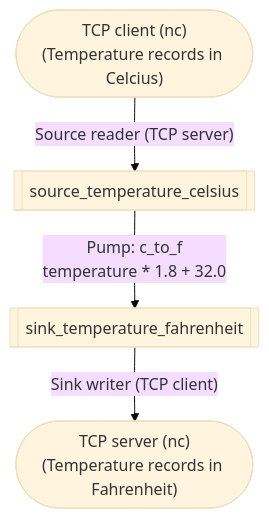
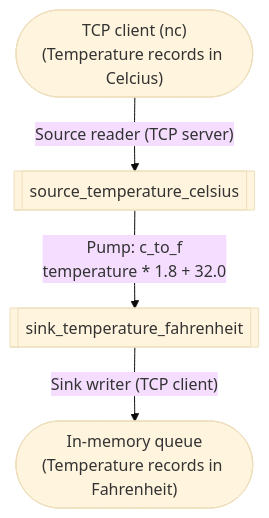
The first of 2 diagrams in docs/get-started/write-basic-apps.mdx (SpringQL/SpringQL.github.io), drawn with Mermaid (base theme) before and after one commit. The commit also changed other lines of this file, not shown here.

````diff
--- a/docs/get-started/write-basic-apps.mdx
+++ b/docs/get-started/write-basic-apps.mdx
@@ -19,7 +19,7 @@
 ```mermaid
 graph TB
     fsrc(["TCP client (nc)<br>(Temperature records in Celcius)"]) -- "Source reader (TCP server)" -->
     src[[source_temperature_celsius]] -- Pump: c_to_f<br>temperature * 1.8 + 32.0 -->
     sink[[sink_temperature_fahrenheit]] -- "Sink writer (TCP client)" -->
-    fsink(["TCP server (nc)<br>(Temperature records in Fahrenheit)"])
+    fsink(["In-memory queue<br>(Temperature records in Fahrenheit)"])
 ```
````
